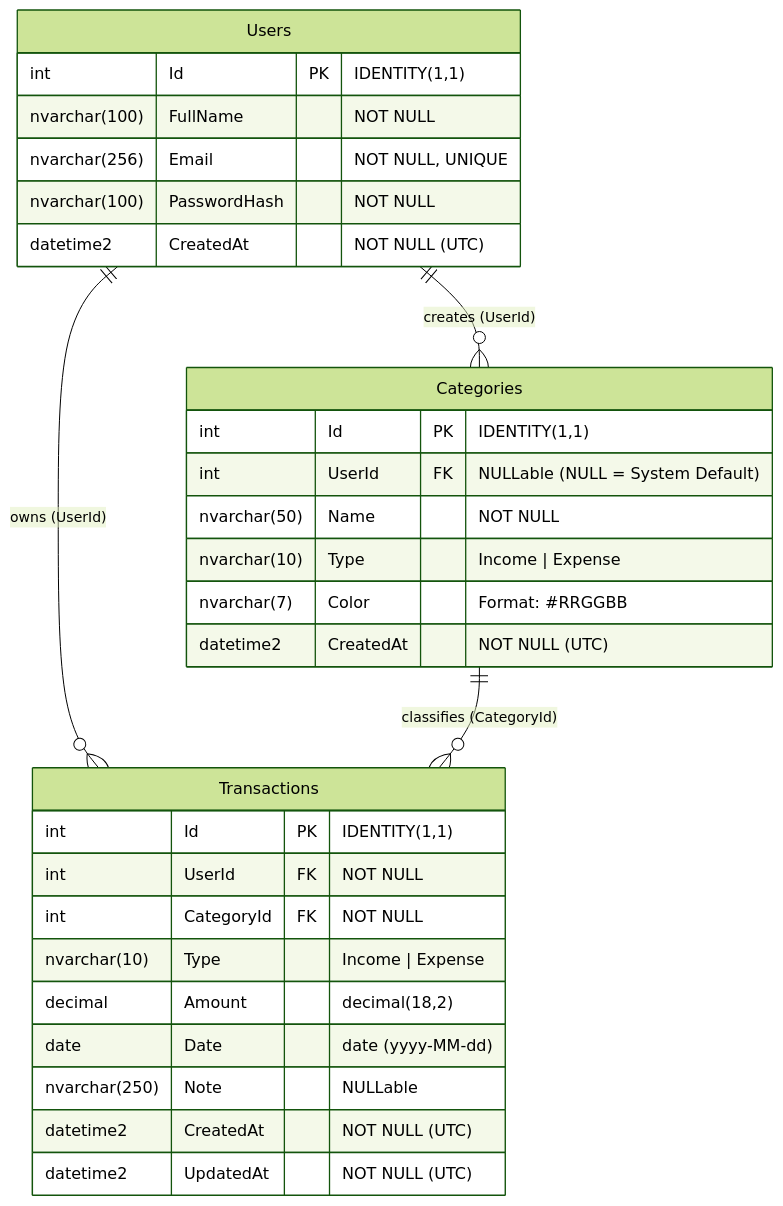
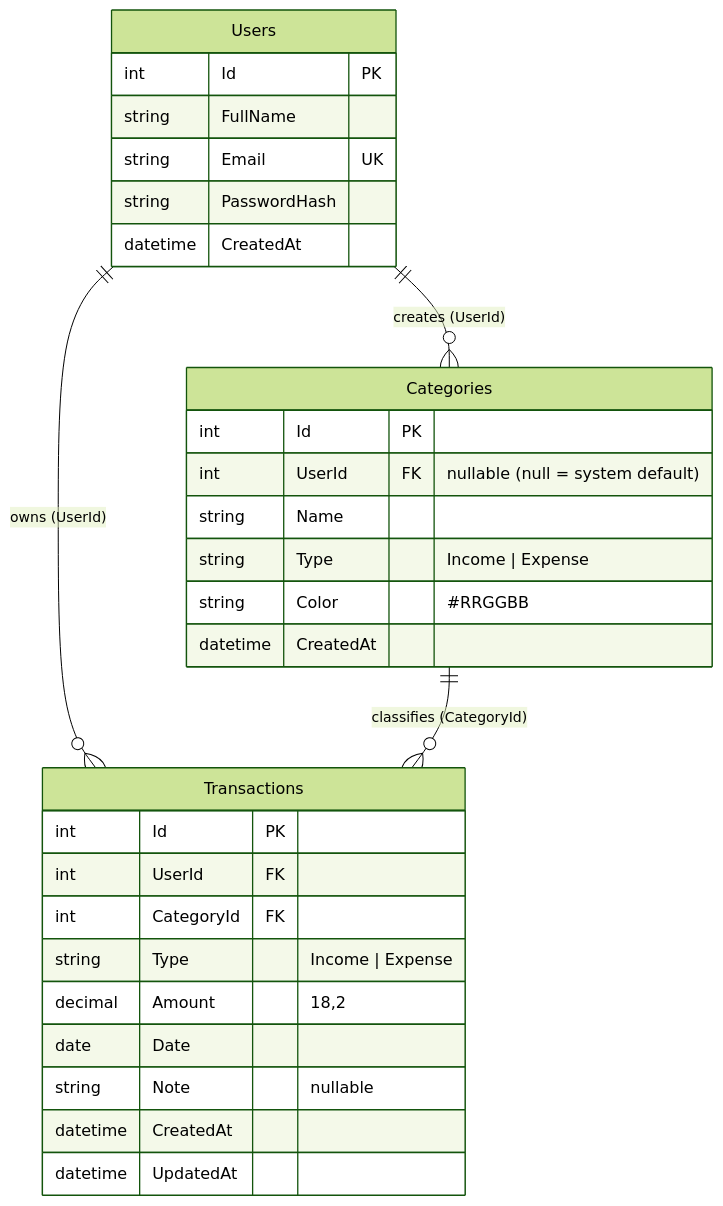
Before and after one commit to AlmaghrabyAli/expense-tracker: the second of 2 diagrams in backend/README.md, drawn with Mermaid (forest theme). The commit also changed other lines of this file and 2 other files, not shown here.

````diff
--- a/backend/README.md
+++ b/backend/README.md
@@ -269,35 +67,33 @@
 ```mermaid
 erDiagram
     Users ||--o{ Categories : "creates (UserId)"
     Users ||--o{ Transactions : "owns (UserId)"
     Categories ||--o{ Transactions : "classifies (CategoryId)"
 
     Users {
-        int Id PK "IDENTITY(1,1)"
-        nvarchar(100) FullName "NOT NULL"
-        nvarchar(256) Email "NOT NULL, UNIQUE"
-        nvarchar(100) PasswordHash "NOT NULL"
-        datetime2 CreatedAt "NOT NULL (UTC)"
+        int Id PK
+        string FullName
+        string Email UK
+        string PasswordHash
+        datetime CreatedAt
     }
-
     Categories {
-        int Id PK "IDENTITY(1,1)"
-        int UserId FK "NULLable (NULL = System Default)"
-        nvarchar(50) Name "NOT NULL"
-        nvarchar(10) Type "Income | Expense"
-        nvarchar(7) Color "Format: #RRGGBB"
-        datetime2 CreatedAt "NOT NULL (UTC)"
+        int Id PK
+        int UserId FK "nullable (null = system default)"
+        string Name
+        string Type "Income | Expense"
+        string Color "#RRGGBB"
+        datetime CreatedAt
     }
-
     Transactions {
-        int Id PK "IDENTITY(1,1)"
-        int UserId FK "NOT NULL"
-        int CategoryId FK "NOT NULL"
-        nvarchar(10) Type "Income | Expense"
-        decimal Amount "decimal(18,2)"
-        date Date "date (yyyy-MM-dd)"
-        nvarchar(250) Note "NULLable"
-        datetime2 CreatedAt "NOT NULL (UTC)"
-        datetime2 UpdatedAt "NOT NULL (UTC)"
+        int Id PK
+        int UserId FK
+        int CategoryId FK
+        string Type "Income | Expense"
+        decimal Amount "18,2"
+        date Date
+        string Note "nullable"
+        datetime CreatedAt
+        datetime UpdatedAt
     }
 ```
````
